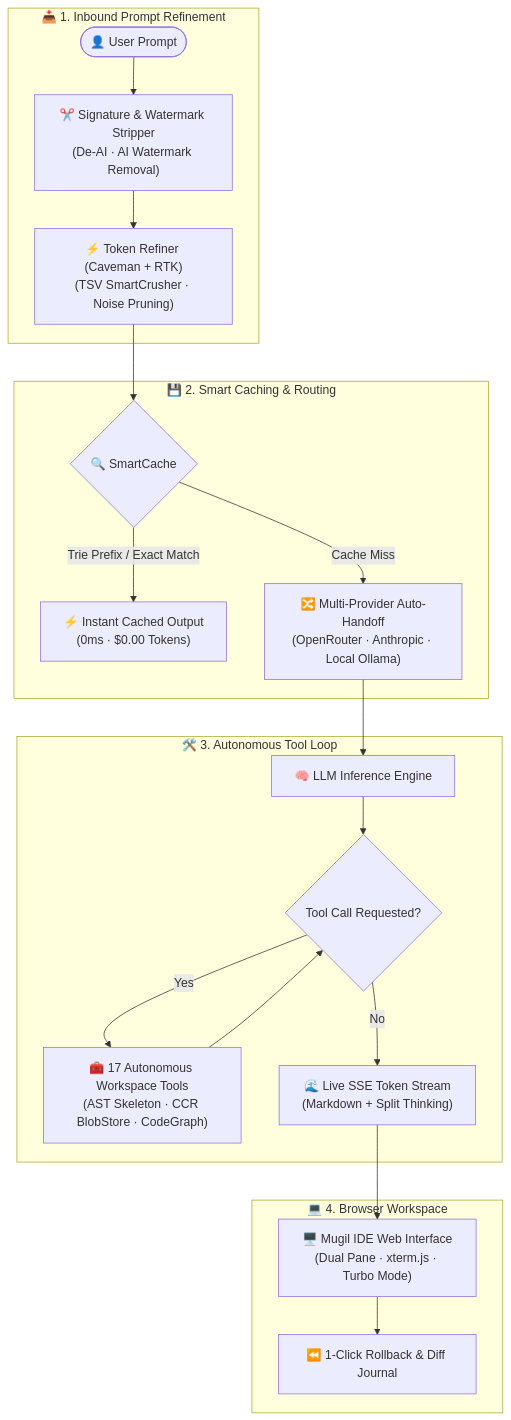
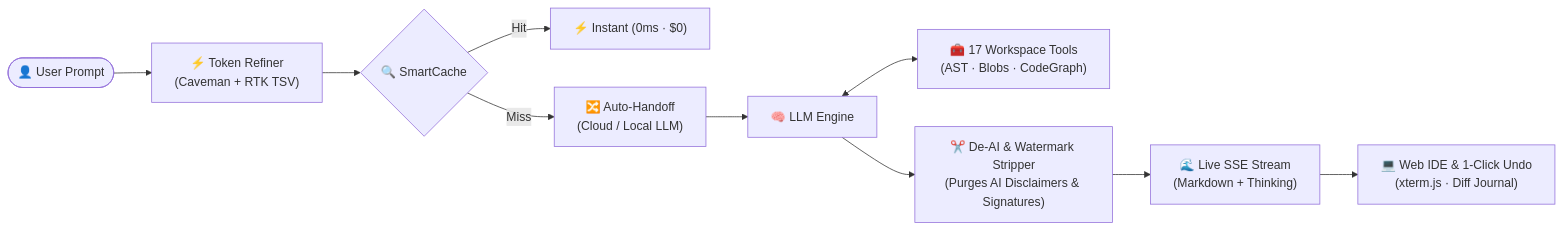
One commit to auarunkumar1/mugil-ide changed the diagram in README.md. Above: the diagram before and after it, drawn with Mermaid. The commit also changed other lines of this file, not shown here.

Commit message:
docs: streamline architecture flowchart to horizontal layout and position De-AI post-generation

````diff
--- a/README.md
+++ b/README.md
@@ -39,27 +39,19 @@
 ```mermaid
-flowchart TD
-    subgraph Inbound ["📥 1. Inbound Prompt Refinement"]
-        User(["👤 User Prompt"]) --> Stripper["✂️ Signature & Watermark Stripper\n(De-AI · AI Watermark Removal)"]
-        Stripper --> Refiner["⚡ Token Refiner (Caveman + RTK)\n(TSV SmartCrusher · Noise Pruning)"]
-    end
-
-    subgraph Caching ["💾 2. Smart Caching & Routing"]
-        Refiner --> Cache{"🔍 SmartCache"}
-        Cache -- "Trie Prefix / Exact Match" --> Instant["⚡ Instant Cached Output\n(0ms · $0.00 Tokens)"]
-        Cache -- "Cache Miss" --> Router["🔀 Multi-Provider Auto-Handoff\n(OpenRouter · Anthropic · Local Ollama)"]
-    end
-
-    subgraph Execution ["🛠️ 3. Autonomous Tool Loop"]
-        Router --> LLM["🧠 LLM Inference Engine"]
-        ToolCheck{"Tool Call Requested?"}
-        LLM --> ToolCheck
-        ToolCheck -- "Yes" --> Tools["🧰 17 Autonomous Workspace Tools\n(AST Skeleton · CCR BlobStore · CodeGraph)"]
-        Tools --> ToolCheck
-        ToolCheck -- "No" --> SSE["🌊 Live SSE Token Stream\n(Markdown + Split Thinking)"]
-    end
-
-    subgraph Interface ["💻 4. Browser Workspace"]
-        SSE --> WebIDE["🖥️ Mugil IDE Web Interface\n(Dual Pane · xterm.js · Turbo Mode)"]
-        WebIDE --> Journal["⏪ 1-Click Rollback & Diff Journal"]
-    end
+flowchart LR
+    %% Inbound flow
+    User(["👤 User Prompt"]) --> Refine["⚡ Token Refiner\n(Caveman + RTK TSV)"]
+    Refine --> Cache{"🔍 SmartCache"}
+    
+    %% Caching branches
+    Cache -- "Hit" --> Cached["⚡ Instant (0ms · $0)"]
+    Cache -- "Miss" --> Router["🔀 Auto-Handoff\n(Cloud / Local LLM)"]
+    
+    %% Execution loop
+    Router --> LLM["🧠 LLM Engine"]
+    LLM <--> Tools["🧰 17 Workspace Tools\n(AST · Blobs · CodeGraph)"]
+    
+    %% Post-generation cleaning
+    LLM --> DeAI["✂️ De-AI & Watermark Stripper\n(Purges AI Disclaimers & Signatures)"]
+    DeAI --> Stream["🌊 Live SSE Stream\n(Markdown + Thinking)"]
+    Stream --> WebIDE["💻 Web IDE & 1-Click Undo\n(xterm.js · Diff Journal)"]
 ```
````
